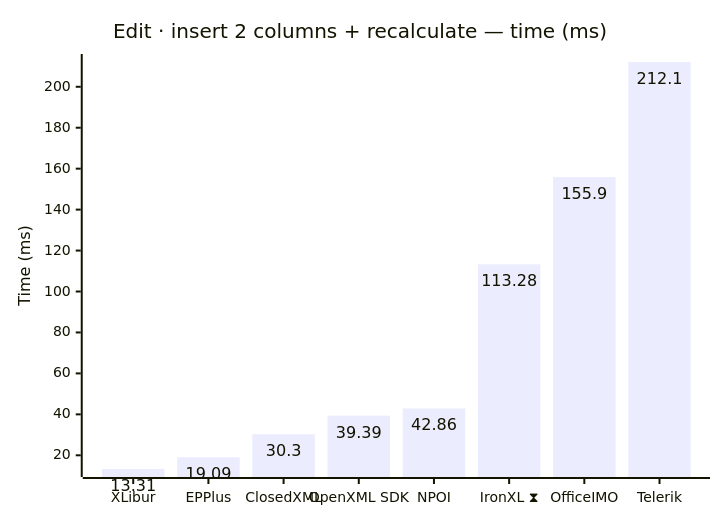
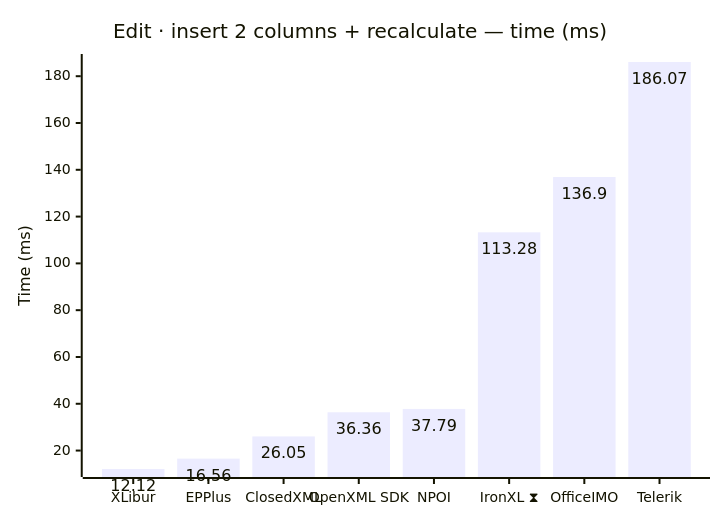
Before and after one commit to jafin/XLBench: diagram 11 of 12 in docs/results.md, drawn with Mermaid. The commit also changed other lines of this file and 1 other file, not shown here.

````diff
--- a/docs/results.md
+++ b/docs/results.md
@@ -172,12 +172,12 @@
 ```mermaid
 ---
 config:
   xyChart:
     showDataLabel: true
 ---
 xychart-beta
     title "Edit · insert 2 columns + recalculate — time (ms)"
     x-axis ["XLibur", "EPPlus", "ClosedXML", "OpenXML SDK", "NPOI", "IronXL ⧗", "OfficeIMO", "Telerik"]
     y-axis "Time (ms)"
-    bar [13.31, 19.09, 30.3, 39.39, 42.86, 113.28, 155.9, 212.1]
+    bar [12.12, 16.56, 26.05, 36.36, 37.79, 113.28, 136.9, 186.07]
 ```
````
